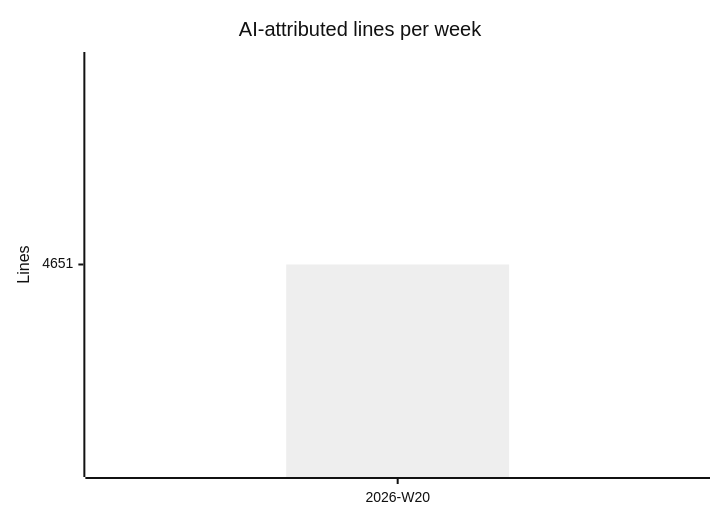
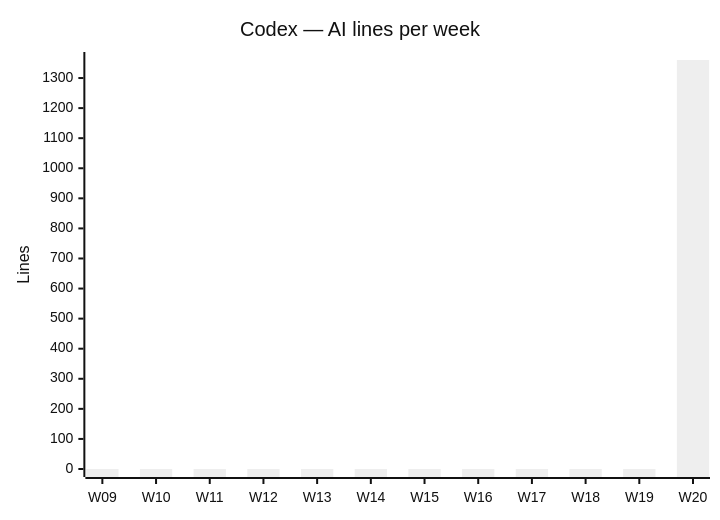
The third of 4 diagrams in docs/AI_USAGE.md (fromwaydowntown/ai-use), drawn with Mermaid (neutral theme) before and after one commit. The commit also changed other lines of this file, not shown here.

````diff
--- a/docs/AI_USAGE.md
+++ b/docs/AI_USAGE.md
@@ -26,7 +39,7 @@
 ```mermaid
 xychart-beta
-    title "AI-attributed lines per week"
-    x-axis ["2026-W20"]
+    title "Codex — AI lines per week"
+    x-axis ["W09", "W10", "W11", "W12", "W13", "W14", "W15", "W16", "W17", "W18", "W19", "W20"]
     y-axis "Lines"
-    bar [4651]
+    bar [0, 0, 0, 0, 0, 0, 0, 0, 0, 0, 0, 1360]
 ```
````
